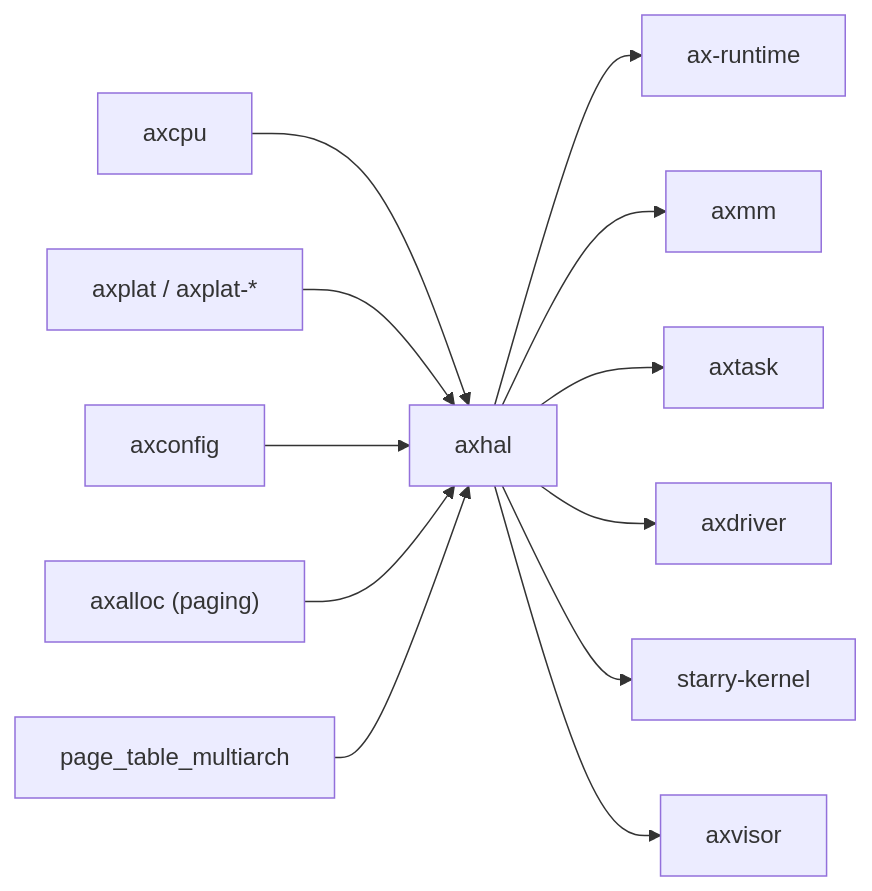
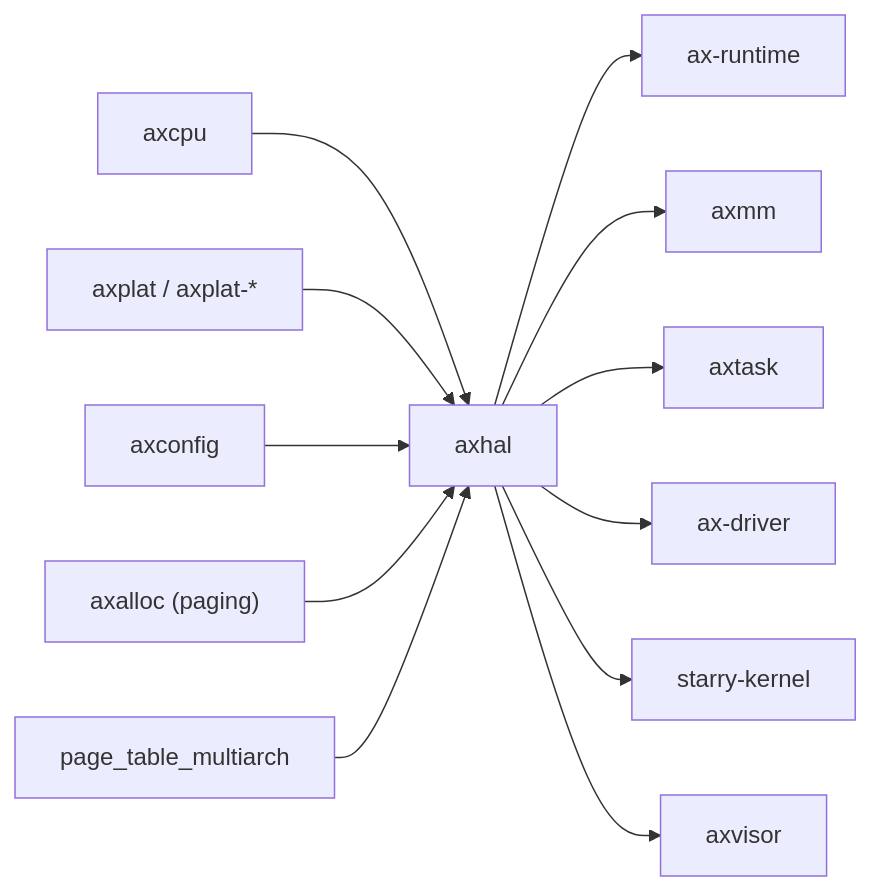
Before and after one commit to zKurisu/tgoskits: the second of 2 diagrams in docs/crates/axhal.md, drawn with Mermaid. The commit also changed other lines of this file and 73 other files, not shown here.

Commit message:
rename axdriver to ax-driver

````diff
--- a/docs/crates/axhal.md
+++ b/docs/crates/axhal.md
@@ -116,15 +116,15 @@
 ```mermaid
 graph LR
     axcpu["axcpu"] --> axhal["axhal"]
     axplat["axplat / axplat-*"] --> axhal
     axconfig["axconfig"] --> axhal
     axalloc["axalloc (paging)"] --> axhal
     page_table["page_table_multiarch"] --> axhal
 
     axhal --> ax-runtime["ax-runtime"]
     axhal --> axmm["axmm"]
     axhal --> axtask["axtask"]
-    axhal --> axdriver["axdriver"]
+    axhal --> ax-driver["ax-driver"]
     axhal --> starry["starry-kernel"]
     axhal --> axvisor["axvisor"]
 ```
````
